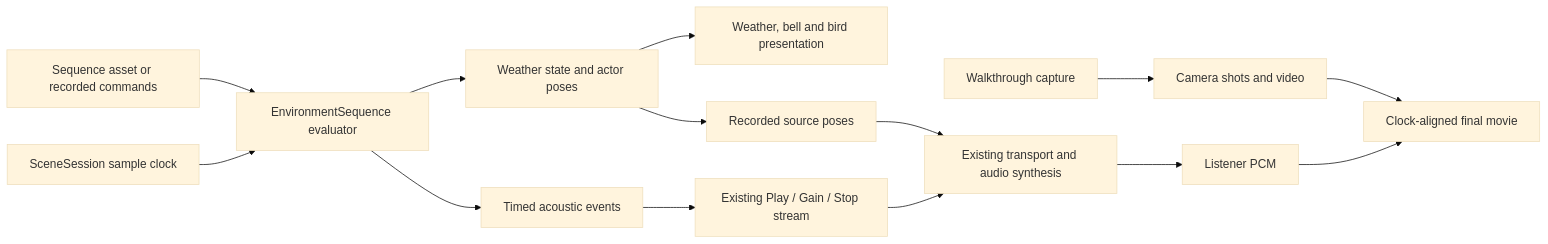
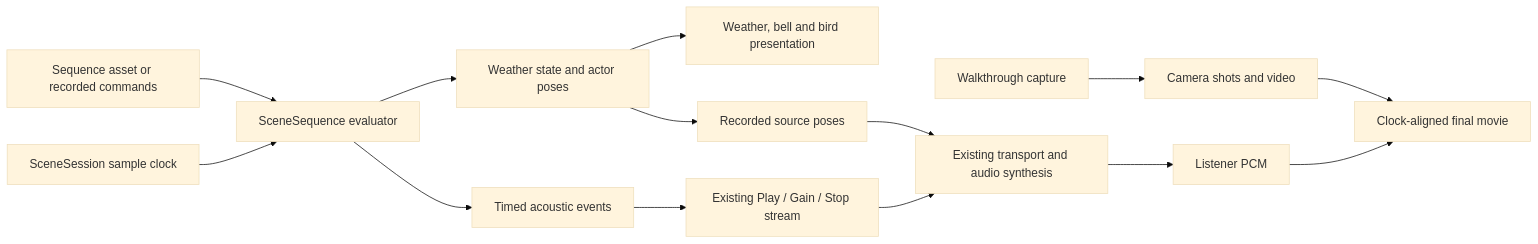
One commit to clarkipeng/RealisticAudioRaytracing2D changed the diagram in docs/simulation-contracts.md. Above: the diagram before and after it, drawn with Mermaid (base theme). The commit also changed other lines of this file and 1 other file, not shown here.

Commit message:
Define reusable scene behavior contracts and future extension boundaries

````diff
--- a/docs/simulation-contracts.md
+++ b/docs/simulation-contracts.md
@@ -730,16 +730,16 @@
 ```mermaid
 flowchart LR
-    A[Sequence asset or recorded commands] --> B[EnvironmentSequence evaluator]
+    A[Sequence asset or recorded commands] --> B[SceneSequence evaluator]
     C[SceneSession sample clock] --> B
     B --> D[Weather state and actor poses]
     B --> E[Timed acoustic events]
     D --> F[Weather, bell and bird presentation]
     D --> G[Recorded source poses]
     E --> H[Existing Play / Gain / Stop stream]
     G --> I[Existing transport and audio synthesis]
     H --> I
     J[Walkthrough capture] --> K[Camera shots and video]
     I --> L[Listener PCM]
     K --> M[Clock-aligned final movie]
     L --> M
 ```
````
